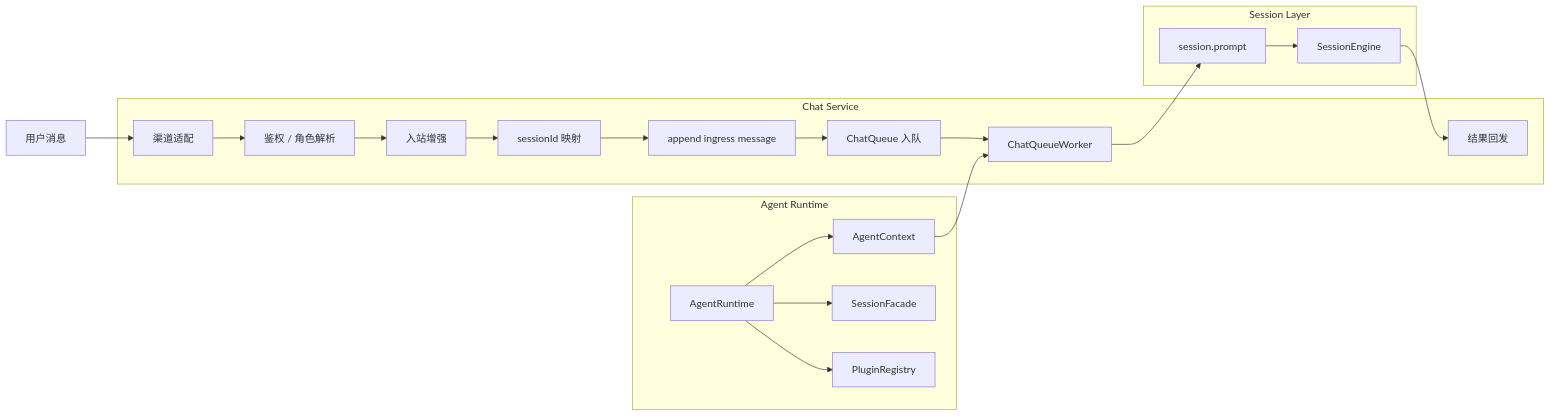
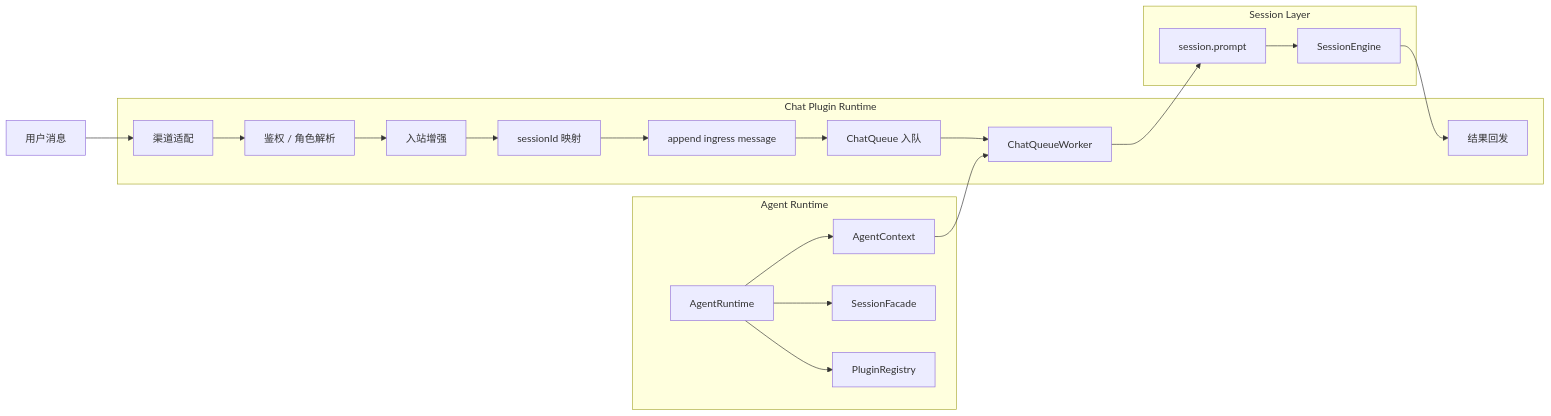
One commit to wangenius/downcity changed the diagram in homepage/content/devdocs/zh/services/chat-design.mdx. Above: the diagram before and after it, drawn with Mermaid. The commit also changed other lines of this file and 214 other files, not shown here.

Commit message:
refactor(agent,city): remove legacy runtime plugin naming

````diff
--- a/homepage/content/devdocs/zh/services/chat-design.mdx
+++ b/homepage/content/devdocs/zh/services/chat-design.mdx
@@ -57,41 +57,41 @@
 ```mermaid
 flowchart LR
   subgraph AGENT["Agent Runtime"]
     A1["AgentRuntime"]
     A2["AgentContext"]
     A3["SessionFacade"]
     A4["PluginRegistry"]
   end
 
-  subgraph CHAT["Chat Service"]
+  subgraph CHAT["Chat Plugin Runtime"]
     C1["渠道适配"]
     C2["鉴权 / 角色解析"]
     C3["入站增强"]
     C4["sessionId 映射"]
     C5["append ingress message"]
     C6["ChatQueue 入队"]
     C7["ChatQueueWorker"]
     C8["结果回发"]
   end
 
   subgraph SESSION["Session Layer"]
     S1["session.prompt"]
     S2["SessionEngine"]
   end
 
   U["用户消息"] --> C1
   C1 --> C2
   C2 --> C3
   C3 --> C4
   C4 --> C5
   C5 --> C6
   C6 --> C7
   C7 --> S1
   S1 --> S2
   S2 --> C8
 
   A1 --> A2
   A1 --> A3
   A1 --> A4
   A2 --> C7
 ```
````
